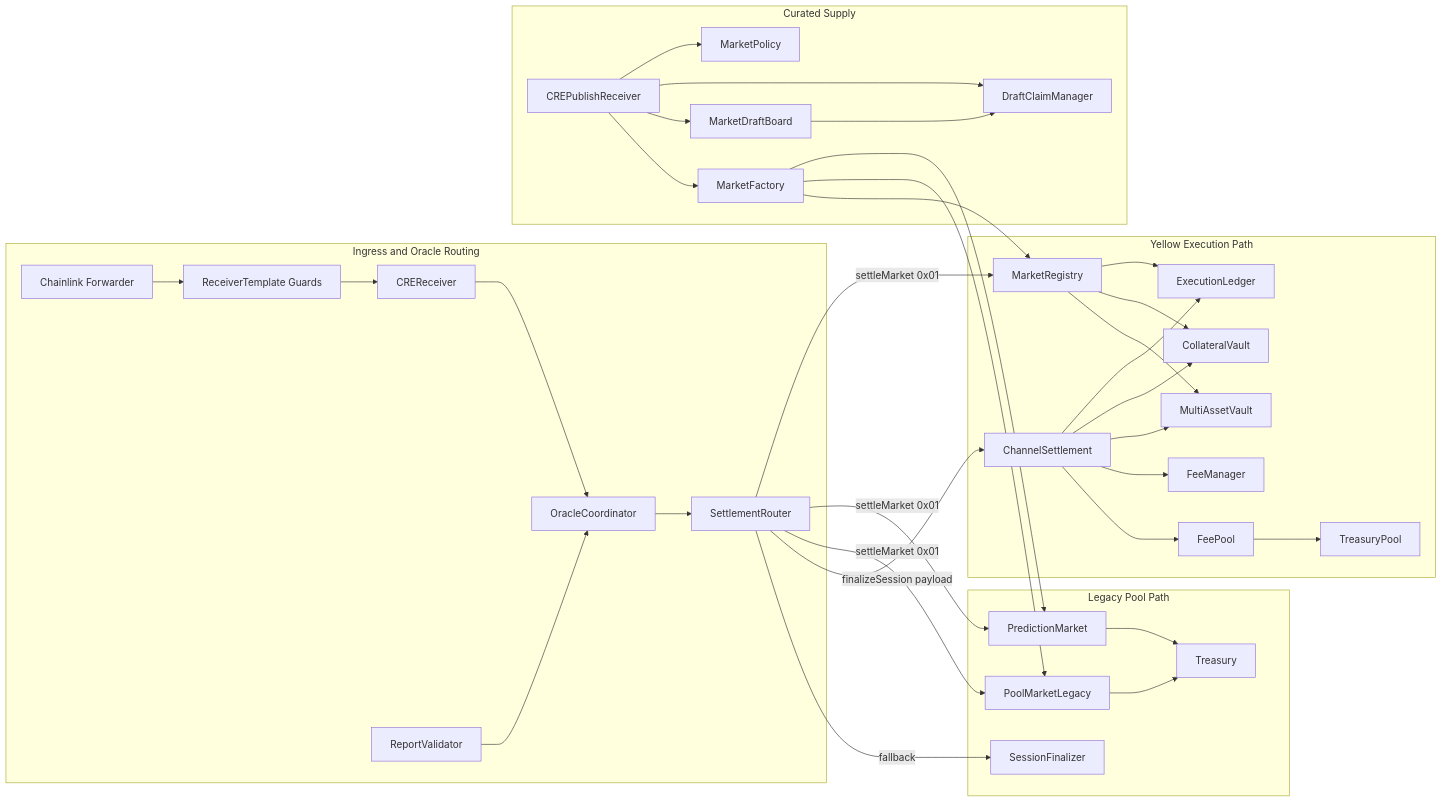
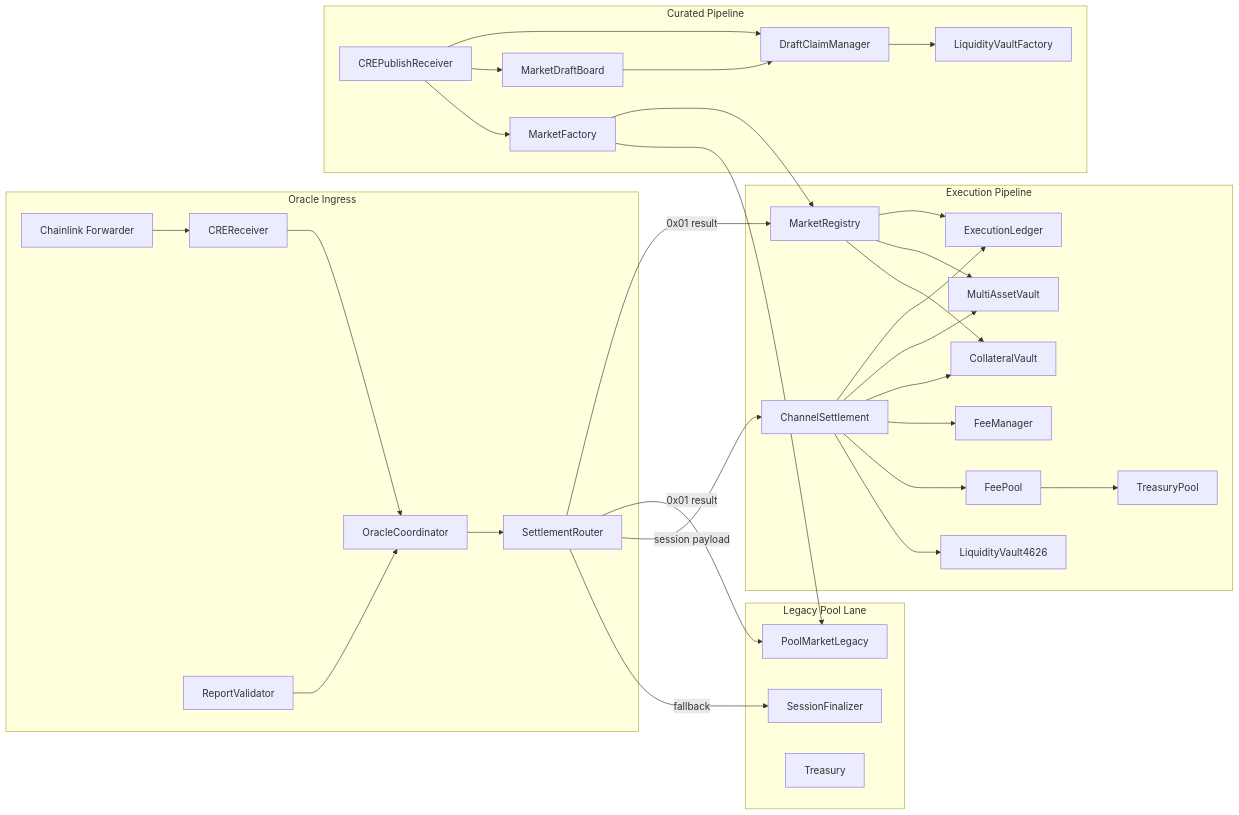
One commit to mAsyamJ/ShadowPool changed the first of 4 diagrams in .docs/CurrentSmartContract.md. Above: the diagram before and after it, drawn with Mermaid. The commit also changed other lines of this file and 7 other files, not shown here.

````diff
--- a/.docs/CurrentSmartContract.md
+++ b/.docs/CurrentSmartContract.md
@@ -39,74 +40,66 @@
 ```mermaid
 flowchart LR
-  subgraph ingress[Ingress and Oracle Routing]
+  subgraph ingress[Oracle Ingress]
     FWD[Chainlink Forwarder]
-    RT[ReceiverTemplate Guards]
     CR[CREReceiver]
     OC[OracleCoordinator]
     RV[ReportValidator]
     SR[SettlementRouter]
   end
 
-  subgraph curated[Curated Supply]
-    MDB[MarketDraftBoard]
+  subgraph curated[Curated Pipeline]
+    DB[MarketDraftBoard]
     DCM[DraftClaimManager]
-    MP[MarketPolicy]
+    LVF[LiquidityVaultFactory]
     CPR[CREPublishReceiver]
     MF[MarketFactory]
   end
 
-  subgraph exec[Yellow Execution Path]
+  subgraph execution[Execution Pipeline]
     MR[MarketRegistry]
     CS[ChannelSettlement]
     EL[ExecutionLedger]
+    MAV[MultiAssetVault]
     CV[CollateralVault]
-    MAV[MultiAssetVault]
     FM[FeeManager]
     FP[FeePool]
     TP[TreasuryPool]
+    LV[LiquidityVault4626]
   end
 
-  subgraph legacy[Legacy Pool Path]
-    PM[PredictionMarket]
-    PL[PoolMarketLegacy]
+  subgraph legacy[Legacy Pool Lane]
+    PM[PoolMarketLegacy]
     SF[SessionFinalizer]
     TR[Treasury]
   end
 
-  FWD --> RT
-  RT --> CR
+  FWD --> CR
+  RV --> OC
   CR --> OC
-  RV --> OC
   OC --> SR
 
-  SR -->|settleMarket 0x01| MR
-  SR -->|settleMarket 0x01| PM
-  SR -->|settleMarket 0x01| PL
-
-  SR -->|finalizeSession payload| CS
+  SR -->|0x01 result| MR
+  SR -->|0x01 result| PM
+  SR -->|session payload| CS
   SR -->|fallback| SF
 
+  DB --> DCM
+  DCM --> LVF
+  CPR --> DCM
+  CPR --> DB
+  CPR --> MF
+  MF --> MR
+  MF --> PM
+
   CS --> EL
+  CS --> MAV
   CS --> CV
-  CS --> MAV
   CS --> FM
   CS --> FP
+  CS --> LV
   FP --> TP
 
-  MF --> PM
-  MF --> PL
-  MF --> MR
-
-  MDB --> DCM
-  CPR --> MP
-  CPR --> DCM
-  CPR --> MDB
-  CPR --> MF
-
   MR --> EL
+  MR --> MAV
   MR --> CV
-  MR --> MAV
-
-  PM --> TR
-  PL --> TR
 ```
````
